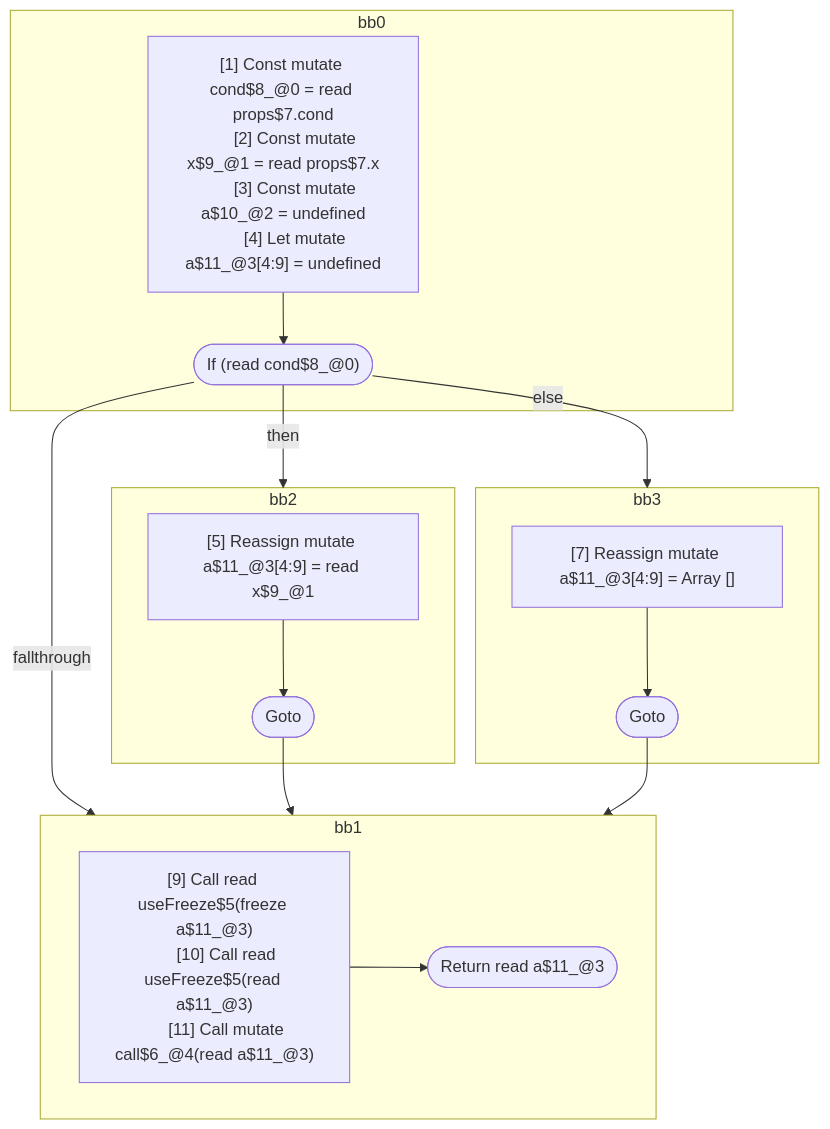
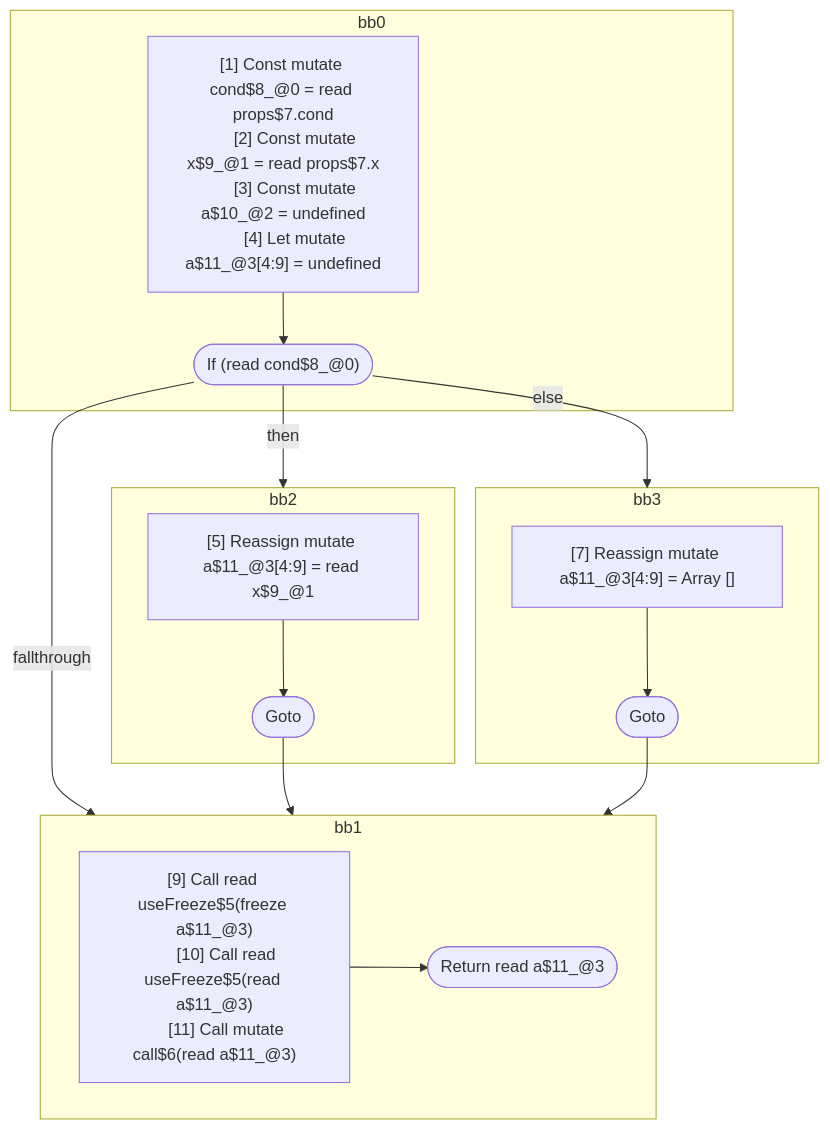
The first of 3 diagrams in compiler/forget/src/__tests__/fixtures/hir/hooks-freeze-possibly-mutable-arguments.expect.md (wutsmog/private), drawn with Mermaid before and after one commit. The commit also changed other lines of this file and 100 other files, not shown here.

````diff
--- a/compiler/forget/src/__tests__/fixtures/hir/hooks-freeze-possibly-mutable-arguments.expect.md
+++ b/compiler/forget/src/__tests__/fixtures/hir/hooks-freeze-possibly-mutable-arguments.expect.md
@@ -59,41 +84,41 @@
 ```mermaid
 flowchart TB
   %% Basic Blocks
   subgraph bb0
     bb0_instrs["
       [1] Const mutate cond$8_@0 = read props$7.cond
       [2] Const mutate x$9_@1 = read props$7.x
       [3] Const mutate a$10_@2 = undefined
       [4] Let mutate a$11_@3[4:9] = undefined
     "]
     bb0_instrs --> bb0_terminal(["If (read cond$8_@0)"])
   end
   subgraph bb2
     bb2_instrs["
       [5] Reassign mutate a$11_@3[4:9] = read x$9_@1
     "]
     bb2_instrs --> bb2_terminal(["Goto"])
   end
   subgraph bb3
     bb3_instrs["
       [7] Reassign mutate a$11_@3[4:9] = Array []
     "]
     bb3_instrs --> bb3_terminal(["Goto"])
   end
   subgraph bb1
     bb1_instrs["
       [9] Call read useFreeze$5(freeze a$11_@3)
       [10] Call read useFreeze$5(read a$11_@3)
-      [11] Call mutate call$6_@4(read a$11_@3)
+      [11] Call mutate call$6(read a$11_@3)
     "]
     bb1_instrs --> bb1_terminal(["Return read a$11_@3"])
   end
 
   %% Jumps
   bb0_terminal -- "then" --> bb2
   bb0_terminal -- "else" --> bb3
   bb0_terminal -- "fallthrough" --> bb1
   bb2_terminal --> bb1
   bb3_terminal --> bb1
 
 ```
````
